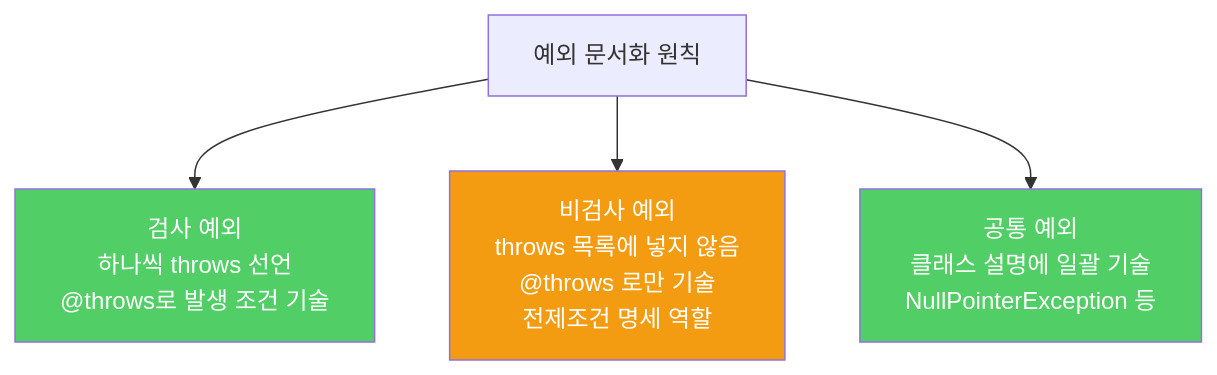
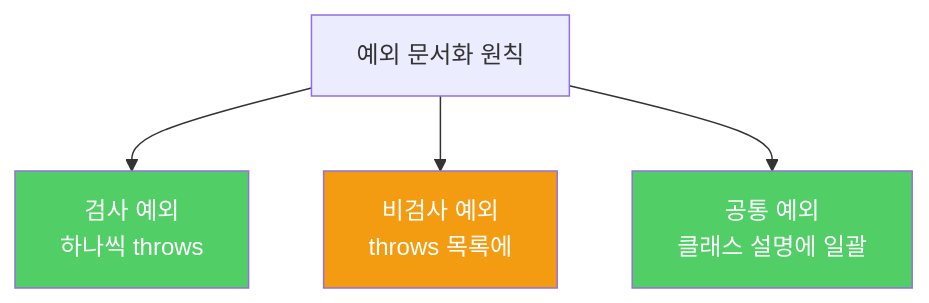
One commit to yjkim2015/yjkim2015.github.io changed the diagram in _posts/java/2022-02-19-effective-java74.md. Above: the diagram before and after it, drawn with Mermaid. The commit also changed 271 other files, not shown here.

First line of the commit message:
Mermaid 라벨 축소: 긴 노드 텍스트 18자 이하로 트림 + \n 제거

````diff
--- a/_posts/java/2022-02-19-effective-java74.md
+++ b/_posts/java/2022-02-19-effective-java74.md
@@ -95,9 +95,9 @@
 ```mermaid
 graph TD
-    A["예외 문서화 원칙"] --> B["검사 예외\n하나씩 throws 선언\n@throws로 발생 조건 기술"]
-    A --> C["비검사 예외\nthrows 목록에 넣지 않음\n@throws 로만 기술\n전제조건 명세 역할"]
-    A --> D["공통 예외\n클래스 설명에 일괄 기술\nNullPointerException 등"]
+    A["예외 문서화 원칙"] --> B["검사 예외\n하나씩 throws"]
+    A --> C["비검사 예외\nthrows 목록에"]
+    A --> D["공통 예외\n클래스 설명에 일괄"]
     style B fill:#51cf66,color:#fff
     style C fill:#f39c12,color:#fff
     style D fill:#51cf66,color:#fff
 ```
````
